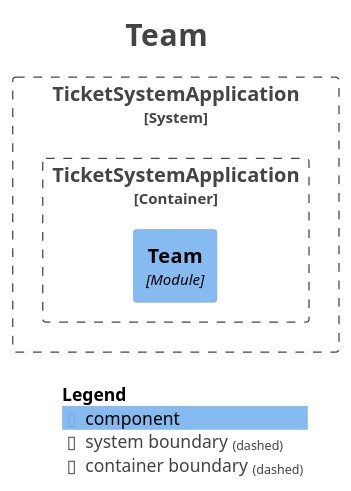
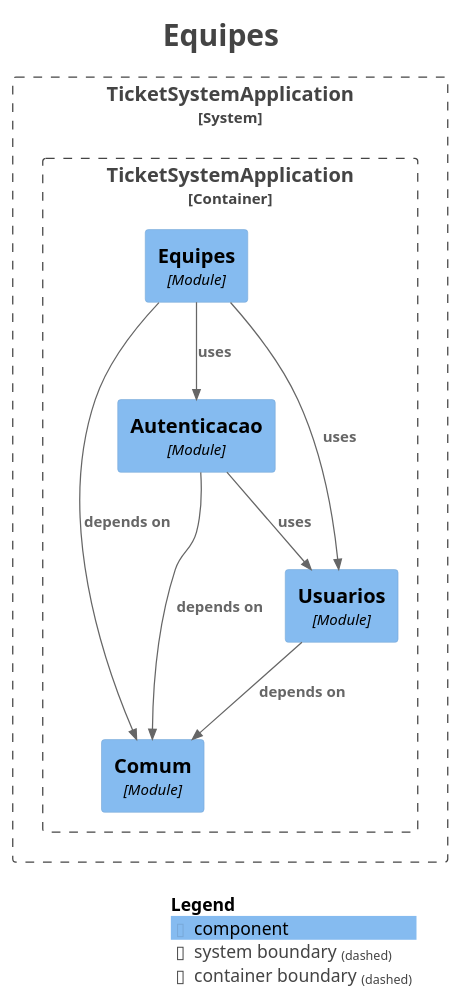
One commit to AnthoniBortolotto/ticket-management-system changed the diagram in docs/modules/module-team.puml. Above: the diagram before and after it, drawn with PlantUML. The commit also changed 45 other files, not shown here.

```diff
--- a/docs/modules/module-team.puml
+++ b/docs/modules/module-team.puml
@@ -1,27 +1,37 @@
 @startuml
-title <size:24>Team</size>
+title <size:24>Equipes</size>
 
 set separator none
 top to bottom direction
 
 <style>
   root {
     BackgroundColor: #ffffff
     FontColor: #444444
   }
 </style>
 
 !include <C4/C4>
 !include <C4/C4_Context>
 !include <C4/C4_Component>
 
 System_Boundary("TicketSystemApplication_boundary", "TicketSystemApplication", $tags="") {
   Container_Boundary("TicketSystemApplication.TicketSystemApplication_boundary", "TicketSystemApplication", $tags="") {
-    Component(TicketSystemApplication.TicketSystemApplication.Team, "Team", $techn="Module", $descr="", $tags="", $link="")
+    Component(TicketSystemApplication.TicketSystemApplication.Equipes, "Equipes", $techn="Module", $descr="", $tags="", $link="")
+    Component(TicketSystemApplication.TicketSystemApplication.Comum, "Comum", $techn="Module", $descr="", $tags="", $link="")
+    Component(TicketSystemApplication.TicketSystemApplication.Usuarios, "Usuarios", $techn="Module", $descr="", $tags="", $link="")
+    Component(TicketSystemApplication.TicketSystemApplication.Autenticacao, "Autenticacao", $techn="Module", $descr="", $tags="", $link="")
   }
 
 }
 
+Rel(TicketSystemApplication.TicketSystemApplication.Autenticacao, TicketSystemApplication.TicketSystemApplication.Comum, "depends on", $techn="", $tags="", $link="")
+Rel(TicketSystemApplication.TicketSystemApplication.Autenticacao, TicketSystemApplication.TicketSystemApplication.Usuarios, "uses", $techn="", $tags="", $link="")
+Rel(TicketSystemApplication.TicketSystemApplication.Equipes, TicketSystemApplication.TicketSystemApplication.Comum, "depends on", $techn="", $tags="", $link="")
+Rel(TicketSystemApplication.TicketSystemApplication.Equipes, TicketSystemApplication.TicketSystemApplication.Usuarios, "uses", $techn="", $tags="", $link="")
+Rel(TicketSystemApplication.TicketSystemApplication.Equipes, TicketSystemApplication.TicketSystemApplication.Autenticacao, "uses", $techn="", $tags="", $link="")
+Rel(TicketSystemApplication.TicketSystemApplication.Usuarios, TicketSystemApplication.TicketSystemApplication.Comum, "depends on", $techn="", $tags="", $link="")
+
 SHOW_LEGEND(true)
 hide stereotypes
 @enduml
```
